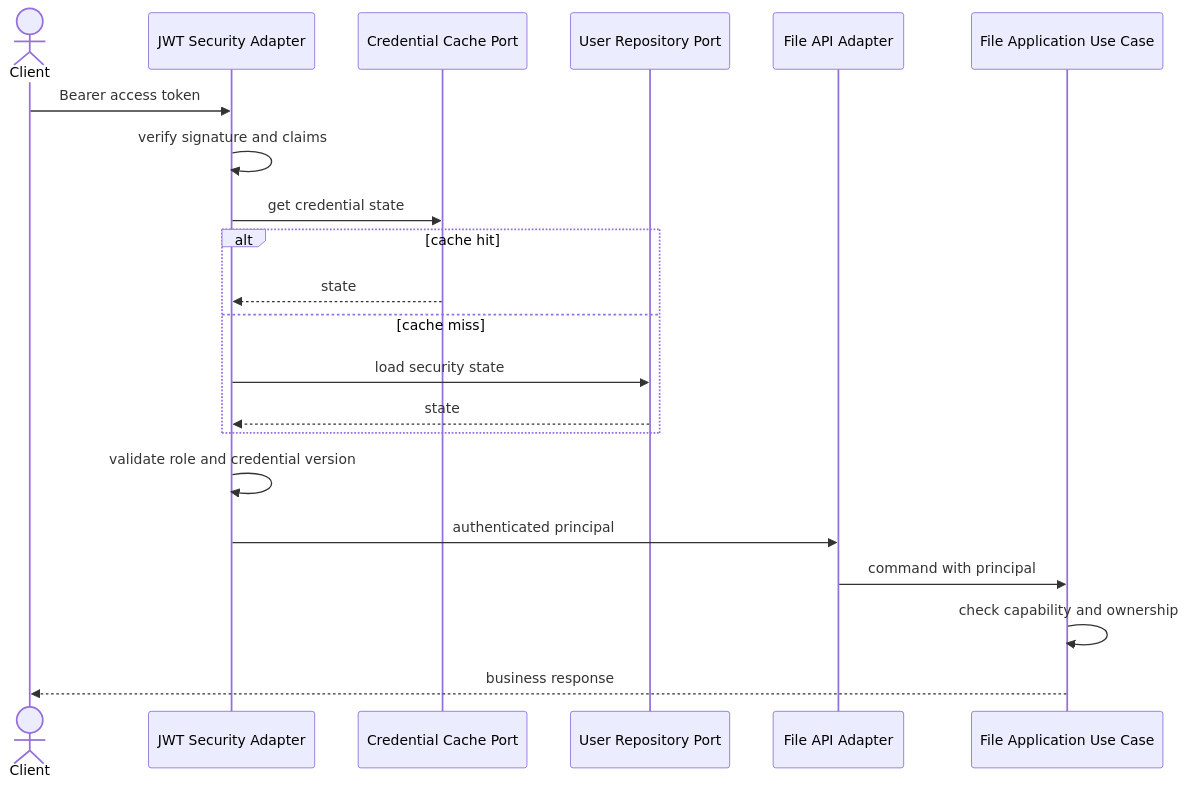
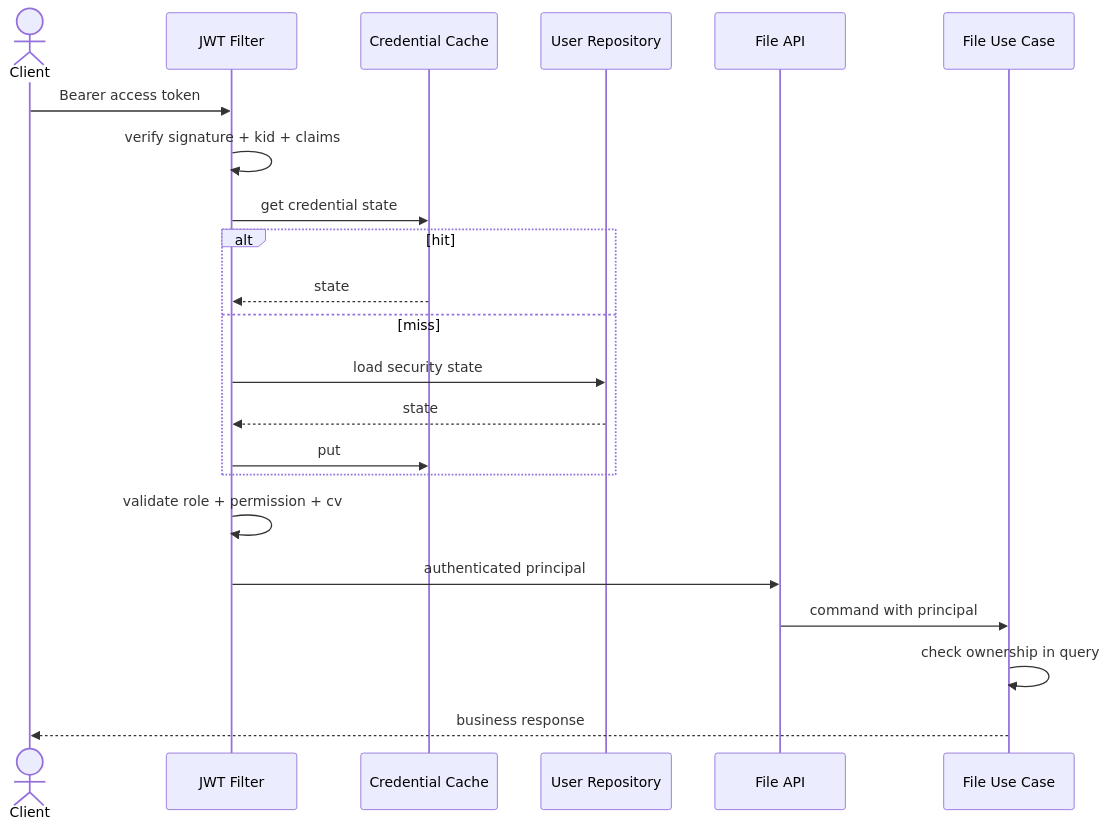
One commit to vandunxg/file_processing changed the sixth of 6 diagrams in docs/specs/auth-module-requirements.md. Above: the diagram before and after it, drawn with Mermaid. The commit also changed other lines of this file and 8 other files, not shown here.

````diff
--- a/docs/specs/auth-module-requirements.md
+++ b/docs/specs/auth-module-requirements.md
@@ -2252,24 +2946,24 @@
 ```mermaid
 sequenceDiagram
     actor Client
-    participant Filter as JWT Security Adapter
-    participant Cache as Credential Cache Port
-    participant DB as User Repository Port
-    participant API as File API Adapter
-    participant UseCase as File Application Use Case
-
+    participant Filter as JWT Filter
+    participant Cache as Credential Cache
+    participant DB as User Repository
+    participant API as File API
+    participant UseCase as File Use Case
     Client->>Filter: Bearer access token
-    Filter->>Filter: verify signature and claims
+    Filter->>Filter: verify signature + kid + claims
     Filter->>Cache: get credential state
-    alt cache hit
+    alt hit
         Cache-->>Filter: state
-    else cache miss
+    else miss
         Filter->>DB: load security state
         DB-->>Filter: state
+        Filter->>Cache: put
     end
-    Filter->>Filter: validate role and credential version
+    Filter->>Filter: validate role + permission + cv
     Filter->>API: authenticated principal
     API->>UseCase: command with principal
-    UseCase->>UseCase: check capability and ownership
+    UseCase->>UseCase: check ownership in query
     UseCase-->>Client: business response
 ```
````
